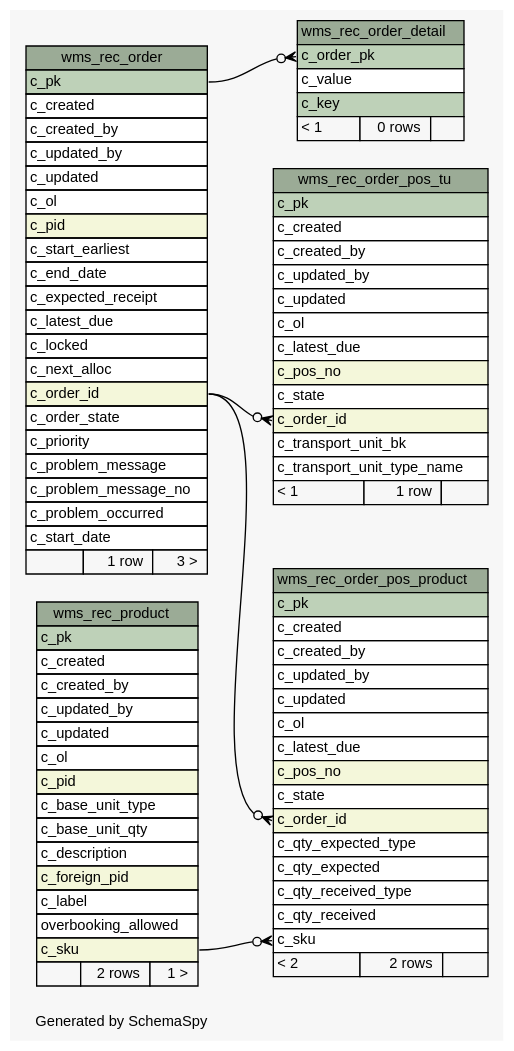
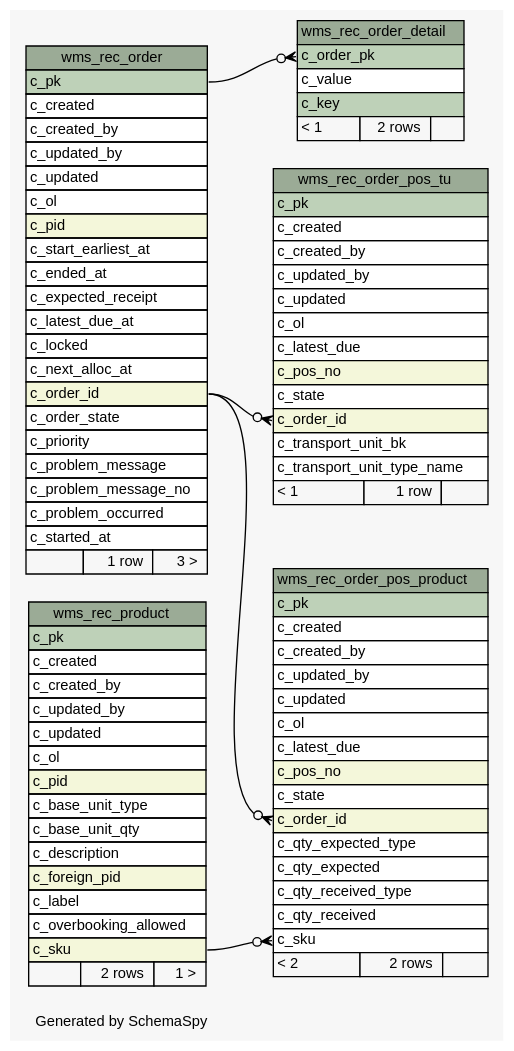
Before and after one commit to openwms/org.openwms.wms.receiving.lib: the diagram in 1.0.0-SNAPSHOT/schemaspy/diagrams/summary/relationships.real.large.dot, drawn with Graphviz. The commit also changed 454 other files, not shown here.

```diff
--- a/1.0.0-SNAPSHOT/schemaspy/diagrams/summary/relationships.real.large.dot
+++ b/1.0.0-SNAPSHOT/schemaspy/diagrams/summary/relationships.real.large.dot
@@ -1,135 +1,135 @@
 // dot 2.43.0 on Linux 5.15.0-1034-azure
 // SchemaSpy rev Unknown
 digraph "largeRelationshipsDiagram" {
   graph [
     rankdir="RL"
     bgcolor="#f7f7f7"
     label="\nGenerated by SchemaSpy"
     labeljust="l"
     nodesep="0.18"
     ranksep="0.46"
     fontname="Helvetica"
     fontsize="11"
   ];
   node [
     fontname="Helvetica"
     fontsize="11"
     shape="plaintext"
   ];
   edge [
     arrowsize="0.8"
   ];
   "wms_rec_order" [
     label=<
     <TABLE BORDER="0" CELLBORDER="1" CELLSPACING="0" BGCOLOR="#ffffff">
       <TR><TD COLSPAN="3" BGCOLOR="#9bab96" ALIGN="CENTER">wms_rec_order</TD></TR>
       <TR><TD PORT="c_pk" COLSPAN="3" BGCOLOR="#bed1b8" ALIGN="LEFT">c_pk</TD></TR>
       <TR><TD PORT="c_created" COLSPAN="3" ALIGN="LEFT">c_created</TD></TR>
       <TR><TD PORT="c_created_by" COLSPAN="3" ALIGN="LEFT">c_created_by</TD></TR>
       <TR><TD PORT="c_updated_by" COLSPAN="3" ALIGN="LEFT">c_updated_by</TD></TR>
       <TR><TD PORT="c_updated" COLSPAN="3" ALIGN="LEFT">c_updated</TD></TR>
       <TR><TD PORT="c_ol" COLSPAN="3" ALIGN="LEFT">c_ol</TD></TR>
       <TR><TD PORT="c_pid" COLSPAN="3" BGCOLOR="#f4f7da" ALIGN="LEFT">c_pid</TD></TR>
-      <TR><TD PORT="c_start_earliest" COLSPAN="3" ALIGN="LEFT">c_start_earliest</TD></TR>
-      <TR><TD PORT="c_end_date" COLSPAN="3" ALIGN="LEFT">c_end_date</TD></TR>
+      <TR><TD PORT="c_start_earliest_at" COLSPAN="3" ALIGN="LEFT">c_start_earliest_at</TD></TR>
+      <TR><TD PORT="c_ended_at" COLSPAN="3" ALIGN="LEFT">c_ended_at</TD></TR>
       <TR><TD PORT="c_expected_receipt" COLSPAN="3" ALIGN="LEFT">c_expected_receipt</TD></TR>
-      <TR><TD PORT="c_latest_due" COLSPAN="3" ALIGN="LEFT">c_latest_due</TD></TR>
+      <TR><TD PORT="c_latest_due_at" COLSPAN="3" ALIGN="LEFT">c_latest_due_at</TD></TR>
       <TR><TD PORT="c_locked" COLSPAN="3" ALIGN="LEFT">c_locked</TD></TR>
-      <TR><TD PORT="c_next_alloc" COLSPAN="3" ALIGN="LEFT">c_next_alloc</TD></TR>
+      <TR><TD PORT="c_next_alloc_at" COLSPAN="3" ALIGN="LEFT">c_next_alloc_at</TD></TR>
       <TR><TD PORT="c_order_id" COLSPAN="3" BGCOLOR="#f4f7da" ALIGN="LEFT">c_order_id</TD></TR>
       <TR><TD PORT="c_order_state" COLSPAN="3" ALIGN="LEFT">c_order_state</TD></TR>
       <TR><TD PORT="c_priority" COLSPAN="3" ALIGN="LEFT">c_priority</TD></TR>
       <TR><TD PORT="c_problem_message" COLSPAN="3" ALIGN="LEFT">c_problem_message</TD></TR>
       <TR><TD PORT="c_problem_message_no" COLSPAN="3" ALIGN="LEFT">c_problem_message_no</TD></TR>
       <TR><TD PORT="c_problem_occurred" COLSPAN="3" ALIGN="LEFT">c_problem_occurred</TD></TR>
-      <TR><TD PORT="c_start_date" COLSPAN="3" ALIGN="LEFT">c_start_date</TD></TR>
+      <TR><TD PORT="c_started_at" COLSPAN="3" ALIGN="LEFT">c_started_at</TD></TR>
       <TR><TD ALIGN="LEFT" BGCOLOR="#f7f7f7">  </TD><TD ALIGN="RIGHT" BGCOLOR="#f7f7f7">1 row</TD><TD ALIGN="RIGHT" BGCOLOR="#f7f7f7">3 &gt;</TD></TR>
     </TABLE>>
     URL="tables/wms_rec_order.html"
     tooltip="wms_rec_order"
   ];
   "wms_rec_order_detail" [
     label=<
     <TABLE BORDER="0" CELLBORDER="1" CELLSPACING="0" BGCOLOR="#ffffff">
       <TR><TD COLSPAN="3" BGCOLOR="#9bab96" ALIGN="CENTER">wms_rec_order_detail</TD></TR>
       <TR><TD PORT="c_order_pk" COLSPAN="3" BGCOLOR="#bed1b8" ALIGN="LEFT">c_order_pk</TD></TR>
       <TR><TD PORT="c_value" COLSPAN="3" ALIGN="LEFT">c_value</TD></TR>
       <TR><TD PORT="c_key" COLSPAN="3" BGCOLOR="#bed1b8" ALIGN="LEFT">c_key</TD></TR>
-      <TR><TD ALIGN="LEFT" BGCOLOR="#f7f7f7">&lt; 1</TD><TD ALIGN="RIGHT" BGCOLOR="#f7f7f7">0 rows</TD><TD ALIGN="RIGHT" BGCOLOR="#f7f7f7">  </TD></TR>
+      <TR><TD ALIGN="LEFT" BGCOLOR="#f7f7f7">&lt; 1</TD><TD ALIGN="RIGHT" BGCOLOR="#f7f7f7">2 rows</TD><TD ALIGN="RIGHT" BGCOLOR="#f7f7f7">  </TD></TR>
     </TABLE>>
     URL="tables/wms_rec_order_detail.html"
     tooltip="wms_rec_order_detail"
   ];
   "wms_rec_order_pos_product" [
     label=<
     <TABLE BORDER="0" CELLBORDER="1" CELLSPACING="0" BGCOLOR="#ffffff">
       <TR><TD COLSPAN="3" BGCOLOR="#9bab96" ALIGN="CENTER">wms_rec_order_pos_product</TD></TR>
       <TR><TD PORT="c_pk" COLSPAN="3" BGCOLOR="#bed1b8" ALIGN="LEFT">c_pk</TD></TR>
       <TR><TD PORT="c_created" COLSPAN="3" ALIGN="LEFT">c_created</TD></TR>
       <TR><TD PORT="c_created_by" COLSPAN="3" ALIGN="LEFT">c_created_by</TD></TR>
       <TR><TD PORT="c_updated_by" COLSPAN="3" ALIGN="LEFT">c_updated_by</TD></TR>
       <TR><TD PORT="c_updated" COLSPAN="3" ALIGN="LEFT">c_updated</TD></TR>
       <TR><TD PORT="c_ol" COLSPAN="3" ALIGN="LEFT">c_ol</TD></TR>
       <TR><TD PORT="c_latest_due" COLSPAN="3" ALIGN="LEFT">c_latest_due</TD></TR>
       <TR><TD PORT="c_pos_no" COLSPAN="3" BGCOLOR="#f4f7da" ALIGN="LEFT">c_pos_no</TD></TR>
       <TR><TD PORT="c_state" COLSPAN="3" ALIGN="LEFT">c_state</TD></TR>
       <TR><TD PORT="c_order_id" COLSPAN="3" BGCOLOR="#f4f7da" ALIGN="LEFT">c_order_id</TD></TR>
       <TR><TD PORT="c_qty_expected_type" COLSPAN="3" ALIGN="LEFT">c_qty_expected_type</TD></TR>
       <TR><TD PORT="c_qty_expected" COLSPAN="3" ALIGN="LEFT">c_qty_expected</TD></TR>
       <TR><TD PORT="c_qty_received_type" COLSPAN="3" ALIGN="LEFT">c_qty_received_type</TD></TR>
       <TR><TD PORT="c_qty_received" COLSPAN="3" ALIGN="LEFT">c_qty_received</TD></TR>
       <TR><TD PORT="c_sku" COLSPAN="3" ALIGN="LEFT">c_sku</TD></TR>
       <TR><TD ALIGN="LEFT" BGCOLOR="#f7f7f7">&lt; 2</TD><TD ALIGN="RIGHT" BGCOLOR="#f7f7f7">2 rows</TD><TD ALIGN="RIGHT" BGCOLOR="#f7f7f7">  </TD></TR>
     </TABLE>>
     URL="tables/wms_rec_order_pos_product.html"
     tooltip="wms_rec_order_pos_product"
   ];
   "wms_rec_order_pos_tu" [
     label=<
     <TABLE BORDER="0" CELLBORDER="1" CELLSPACING="0" BGCOLOR="#ffffff">
       <TR><TD COLSPAN="3" BGCOLOR="#9bab96" ALIGN="CENTER">wms_rec_order_pos_tu</TD></TR>
       <TR><TD PORT="c_pk" COLSPAN="3" BGCOLOR="#bed1b8" ALIGN="LEFT">c_pk</TD></TR>
       <TR><TD PORT="c_created" COLSPAN="3" ALIGN="LEFT">c_created</TD></TR>
       <TR><TD PORT="c_created_by" COLSPAN="3" ALIGN="LEFT">c_created_by</TD></TR>
       <TR><TD PORT="c_updated_by" COLSPAN="3" ALIGN="LEFT">c_updated_by</TD></TR>
       <TR><TD PORT="c_updated" COLSPAN="3" ALIGN="LEFT">c_updated</TD></TR>
       <TR><TD PORT="c_ol" COLSPAN="3" ALIGN="LEFT">c_ol</TD></TR>
       <TR><TD PORT="c_latest_due" COLSPAN="3" ALIGN="LEFT">c_latest_due</TD></TR>
       <TR><TD PORT="c_pos_no" COLSPAN="3" BGCOLOR="#f4f7da" ALIGN="LEFT">c_pos_no</TD></TR>
       <TR><TD PORT="c_state" COLSPAN="3" ALIGN="LEFT">c_state</TD></TR>
       <TR><TD PORT="c_order_id" COLSPAN="3" BGCOLOR="#f4f7da" ALIGN="LEFT">c_order_id</TD></TR>
       <TR><TD PORT="c_transport_unit_bk" COLSPAN="3" ALIGN="LEFT">c_transport_unit_bk</TD></TR>
       <TR><TD PORT="c_transport_unit_type_name" COLSPAN="3" ALIGN="LEFT">c_transport_unit_type_name</TD></TR>
       <TR><TD ALIGN="LEFT" BGCOLOR="#f7f7f7">&lt; 1</TD><TD ALIGN="RIGHT" BGCOLOR="#f7f7f7">1 row</TD><TD ALIGN="RIGHT" BGCOLOR="#f7f7f7">  </TD></TR>
     </TABLE>>
     URL="tables/wms_rec_order_pos_tu.html"
     tooltip="wms_rec_order_pos_tu"
   ];
   "wms_rec_product" [
     label=<
     <TABLE BORDER="0" CELLBORDER="1" CELLSPACING="0" BGCOLOR="#ffffff">
       <TR><TD COLSPAN="3" BGCOLOR="#9bab96" ALIGN="CENTER">wms_rec_product</TD></TR>
       <TR><TD PORT="c_pk" COLSPAN="3" BGCOLOR="#bed1b8" ALIGN="LEFT">c_pk</TD></TR>
       <TR><TD PORT="c_created" COLSPAN="3" ALIGN="LEFT">c_created</TD></TR>
       <TR><TD PORT="c_created_by" COLSPAN="3" ALIGN="LEFT">c_created_by</TD></TR>
       <TR><TD PORT="c_updated_by" COLSPAN="3" ALIGN="LEFT">c_updated_by</TD></TR>
       <TR><TD PORT="c_updated" COLSPAN="3" ALIGN="LEFT">c_updated</TD></TR>
       <TR><TD PORT="c_ol" COLSPAN="3" ALIGN="LEFT">c_ol</TD></TR>
       <TR><TD PORT="c_pid" COLSPAN="3" BGCOLOR="#f4f7da" ALIGN="LEFT">c_pid</TD></TR>
       <TR><TD PORT="c_base_unit_type" COLSPAN="3" ALIGN="LEFT">c_base_unit_type</TD></TR>
       <TR><TD PORT="c_base_unit_qty" COLSPAN="3" ALIGN="LEFT">c_base_unit_qty</TD></TR>
       <TR><TD PORT="c_description" COLSPAN="3" ALIGN="LEFT">c_description</TD></TR>
       <TR><TD PORT="c_foreign_pid" COLSPAN="3" BGCOLOR="#f4f7da" ALIGN="LEFT">c_foreign_pid</TD></TR>
       <TR><TD PORT="c_label" COLSPAN="3" ALIGN="LEFT">c_label</TD></TR>
-      <TR><TD PORT="overbooking_allowed" COLSPAN="3" ALIGN="LEFT">overbooking_allowed</TD></TR>
+      <TR><TD PORT="c_overbooking_allowed" COLSPAN="3" ALIGN="LEFT">c_overbooking_allowed</TD></TR>
       <TR><TD PORT="c_sku" COLSPAN="3" BGCOLOR="#f4f7da" ALIGN="LEFT">c_sku</TD></TR>
       <TR><TD ALIGN="LEFT" BGCOLOR="#f7f7f7">  </TD><TD ALIGN="RIGHT" BGCOLOR="#f7f7f7">2 rows</TD><TD ALIGN="RIGHT" BGCOLOR="#f7f7f7">1 &gt;</TD></TR>
     </TABLE>>
     URL="tables/wms_rec_product.html"
     tooltip="wms_rec_product"
   ];
   "wms_rec_order_detail":"c_order_pk":w -> "wms_rec_order":"c_pk":e [arrowhead=none dir=back arrowtail=crowodot];
   "wms_rec_order_pos_product":"c_order_id":w -> "wms_rec_order":"c_order_id":e [arrowhead=none dir=back arrowtail=crowodot];
   "wms_rec_order_pos_product":"c_sku":w -> "wms_rec_product":"c_sku":e [arrowhead=none dir=back arrowtail=crowodot];
   "wms_rec_order_pos_tu":"c_order_id":w -> "wms_rec_order":"c_order_id":e [arrowhead=none dir=back arrowtail=crowodot];
 }
```
